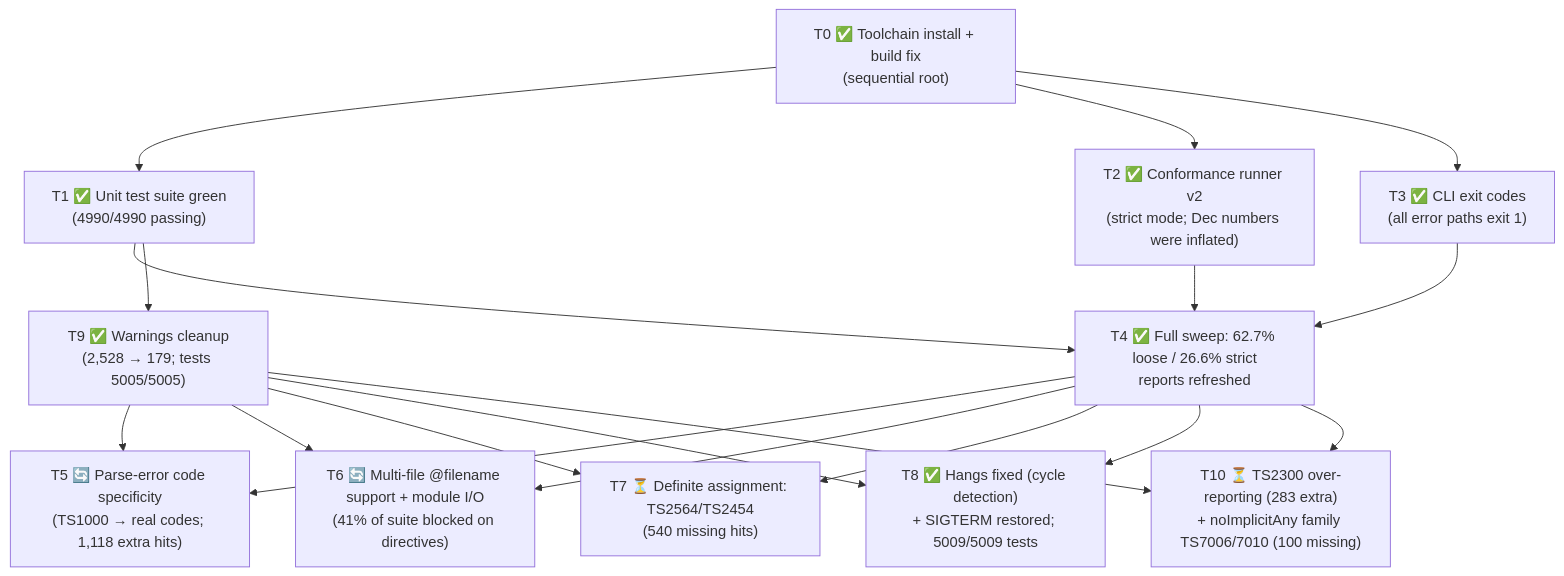
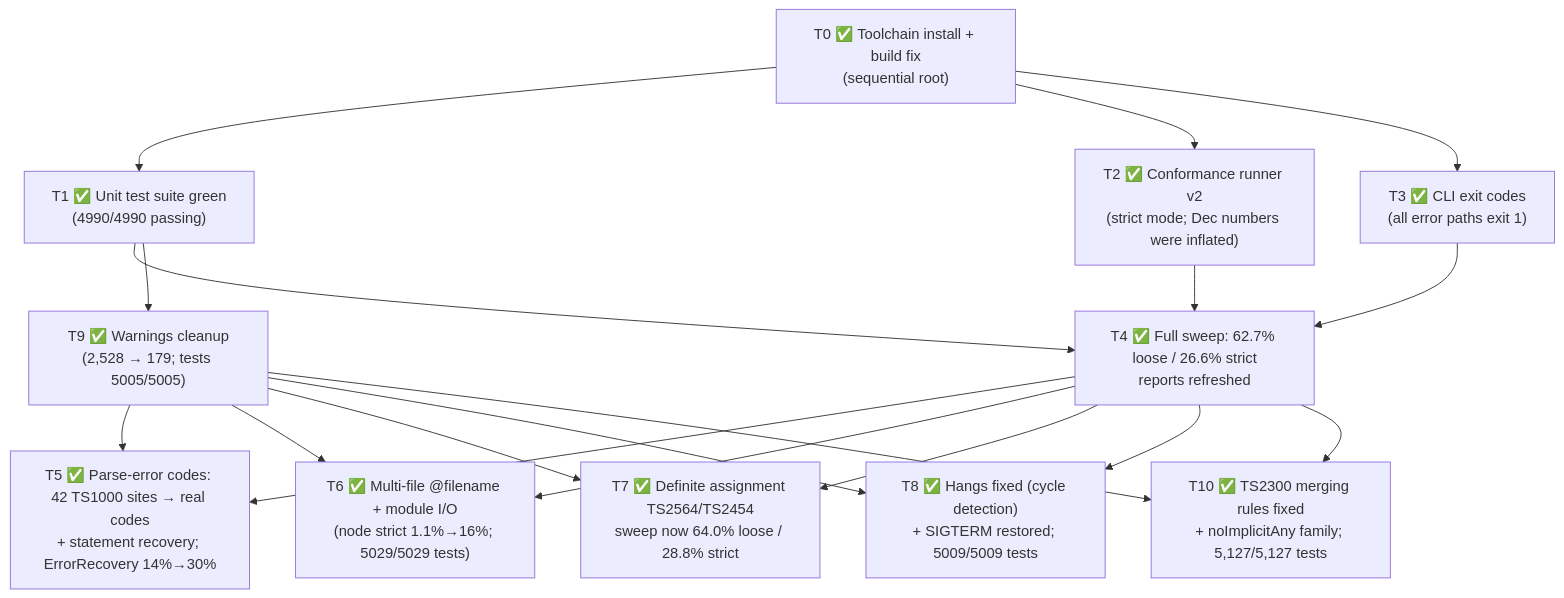
The diagram in TASKS.md (srikanthkyatham/moonbit-tsc), drawn with Mermaid before and after one commit. The commit also changed other lines of this file and 40 other files, not shown here.

First line of the commit message:
feat: Wave 3 conformance push — parse-error codes, multi-file support, definite assignment, noImplicitAny

````diff
--- a/TASKS.md
+++ b/TASKS.md
@@ -12,32 +12,32 @@
 ```mermaid
 graph TD
     T0["T0 ✅ Toolchain install + build fix<br/>(sequential root)"]
     T1["T1 ✅ Unit test suite green<br/>(4990/4990 passing)"]
     T2["T2 ✅ Conformance runner v2<br/>(strict mode; Dec numbers were inflated)"]
     T3["T3 ✅ CLI exit codes<br/>(all error paths exit 1)"]
     T4["T4 ✅ Full sweep: 62.7% loose / 26.6% strict<br/>reports refreshed"]
     T9["T9 ✅ Warnings cleanup<br/>(2,528 → 179; tests 5005/5005)"]
-    T5["T5 🔄 Parse-error code specificity<br/>(TS1000 → real codes; 1,118 extra hits)"]
-    T6["T6 🔄 Multi-file @filename support + module I/O<br/>(41% of suite blocked on directives)"]
-    T7["T7 ⏳ Definite assignment: TS2564/TS2454<br/>(540 missing hits)"]
+    T5["T5 ✅ Parse-error codes: 42 TS1000 sites → real codes<br/>+ statement recovery; ErrorRecovery 14%→30%"]
+    T6["T6 ✅ Multi-file @filename + module I/O<br/>(node strict 1.1%→16%; 5029/5029 tests)"]
+    T7["T7 ✅ Definite assignment TS2564/TS2454<br/>sweep now 64.0% loose / 28.8% strict"]
     T8["T8 ✅ Hangs fixed (cycle detection)<br/>+ SIGTERM restored; 5009/5009 tests"]
-    T10["T10 ⏳ TS2300 over-reporting (283 extra)<br/>+ noImplicitAny family TS7006/7010 (100 missing)"]
+    T10["T10 ✅ TS2300 merging rules fixed<br/>+ noImplicitAny family; 5,127/5,127 tests"]
 
     T0 --> T1
     T0 --> T2
     T0 --> T3
     T1 --> T4
     T2 --> T4
     T3 --> T4
     T1 --> T9
     T4 --> T5
     T4 --> T6
     T4 --> T7
     T4 --> T8
     T4 --> T10
     T9 --> T5
     T9 --> T6
     T9 --> T7
     T9 --> T8
     T9 --> T10
 ```
````
